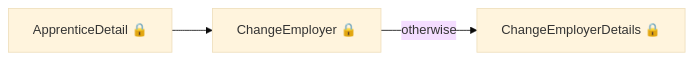
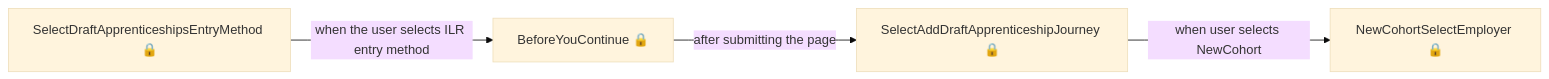
The first of 10 diagrams in das-providercommitments/user-journeys/user-journeys.md (talentconsulting/atlas-dfe), drawn with Mermaid (base theme) before and after one commit. The commit also changed other lines of this file and 36 other files, not shown here.

````diff
--- a/das-providercommitments/user-journeys/user-journeys.md
+++ b/das-providercommitments/user-journeys/user-journeys.md
@@ -9,5 +9,6 @@
 ```mermaid
 flowchart LR
-  p0["ApprenticeDetail 🔒"] --> p1["ChangeEmployer 🔒"]
-  p1["ChangeEmployer 🔒"] -->|"otherwise"| p2["ChangeEmployerDetails 🔒"]
+  p0["SelectDraftApprenticeshipsEntryMethod 🔒"] -->|"when the user selects ILR entry method"| p1["BeforeYouContinue 🔒"]
+  p1["BeforeYouContinue 🔒"] -->|"after submitting the page"| p2["SelectAddDraftApprenticeshipJourney 🔒"]
+  p2["SelectAddDraftApprenticeshipJourney 🔒"] -->|"when user selects NewCohort"| p3["NewCohortSelectEmployer 🔒"]
 ```
````
